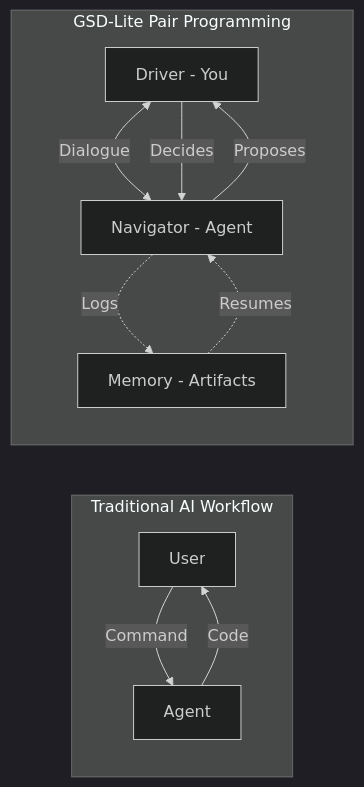
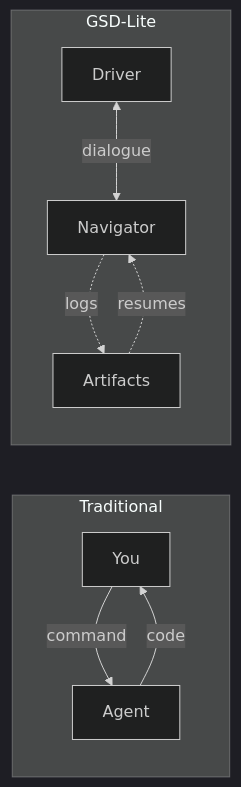
Before and after one commit to luutuankiet/gsd-lite: the fourth of 8 diagrams in README.md, drawn with Mermaid (dark theme). The commit also changed other lines of this file and 402 other files, not shown here.

Commit message:
refactor: convert gsd-lite to npm package for Claude Code (#21)

````diff
--- a/README.md
+++ b/README.md
@@ -17,15 +150,12 @@
 ```mermaid
 graph LR
-    subgraph "Traditional AI Workflow"
-        U1[User] -->|Command| A1[Agent]
-        A1 -->|Code| U1
+    subgraph Traditional
+        U1[You] -->|command| A1[Agent]
+        A1 -->|code| U1
     end
-
-    subgraph "GSD-Lite Pair Programming"
-        U2[Driver - You] <-->|Dialogue| A2[Navigator - Agent]
-        A2 -->|Proposes| U2
-        U2 -->|Decides| A2
-        A2 -.->|Logs| M[Memory - Artifacts]
-        M -.->|Resumes| A2
+    subgraph GSD-Lite
+        U2[Driver] <-->|dialogue| A2[Navigator]
+        A2 -.->|logs| M[Artifacts]
+        M -.->|resumes| A2
     end
 ```
````
